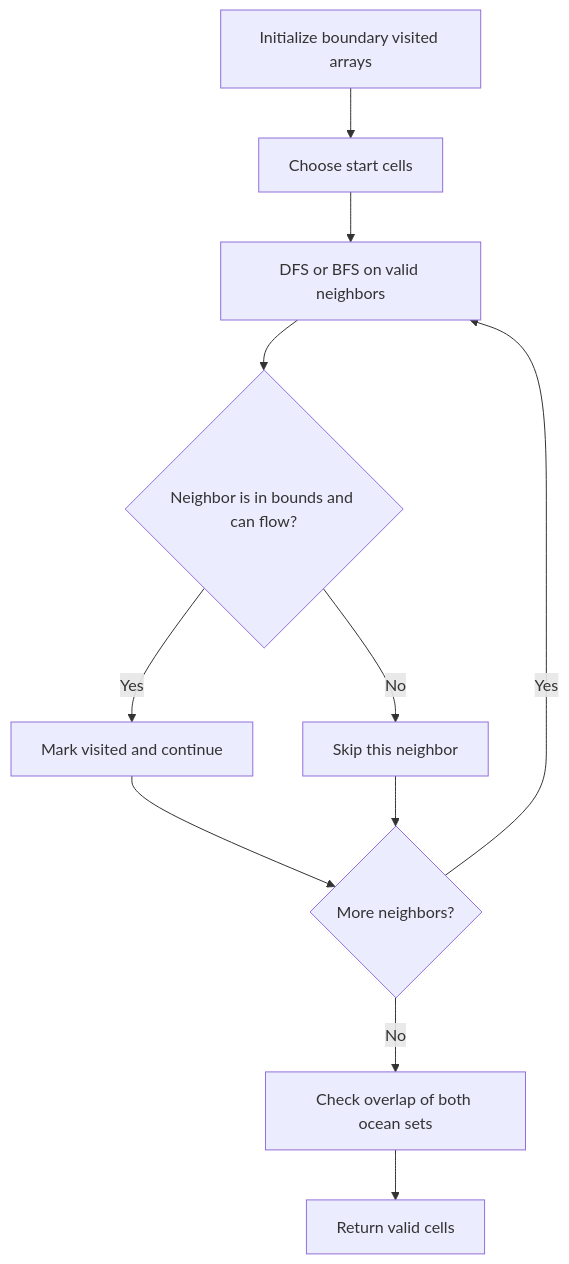
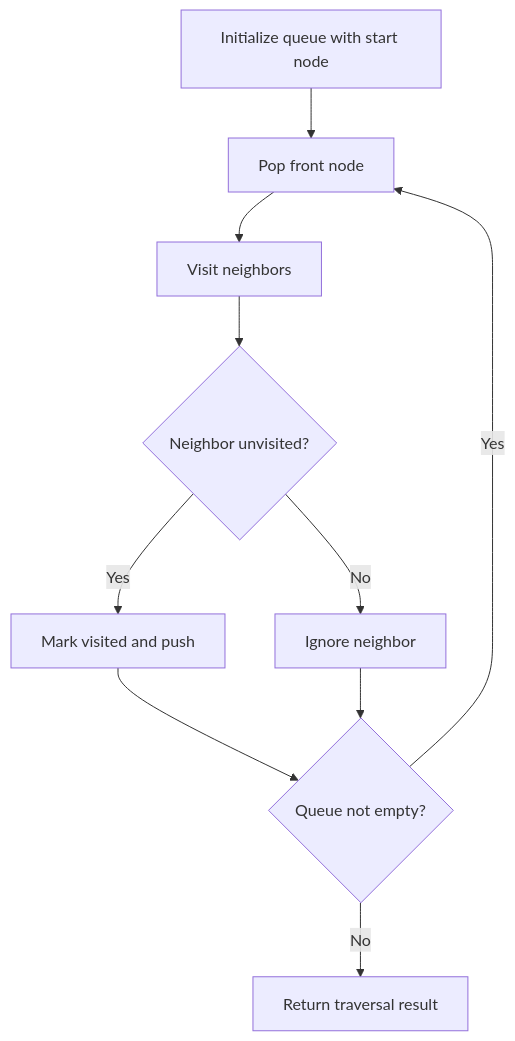
Before and after one commit to keshav-poojary/Leetcode: the diagram in NeetCode-Submissions/08-heaps/05-task-scheduler/readme.md, drawn with Mermaid. The commit also changed other lines of this file and 121 other files, not shown here.

````diff
--- a/NeetCode-Submissions/08-heaps/05-task-scheduler/readme.md
+++ b/NeetCode-Submissions/08-heaps/05-task-scheduler/readme.md
@@ -32,13 +34,12 @@
 ```mermaid
 flowchart TD
-    A[Initialize boundary visited arrays] --> B[Choose start cells]
-    B --> C[DFS or BFS on valid neighbors]
-    C --> D{Neighbor is in bounds and can flow?}
-    D -- Yes --> E[Mark visited and continue]
-    D -- No --> F[Skip this neighbor]
-    E --> G{More neighbors?}
+    A[Initialize queue with start node] --> B[Pop front node]
+    B --> C[Visit neighbors]
+    C --> D{Neighbor unvisited?}
+    D -- Yes --> E[Mark visited and push]
+    D -- No --> F[Ignore neighbor]
+    E --> G{Queue not empty?}
     F --> G
-    G -- Yes --> C
-    G -- No --> H[Check overlap of both ocean sets]
-    H --> I[Return valid cells]
+    G -- Yes --> B
+    G -- No --> H[Return traversal result]
 ```
````
